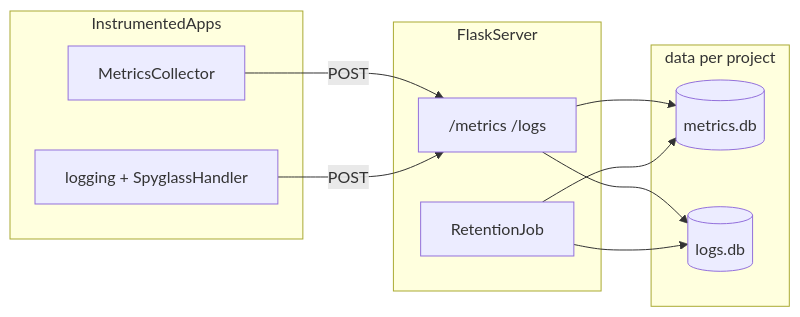
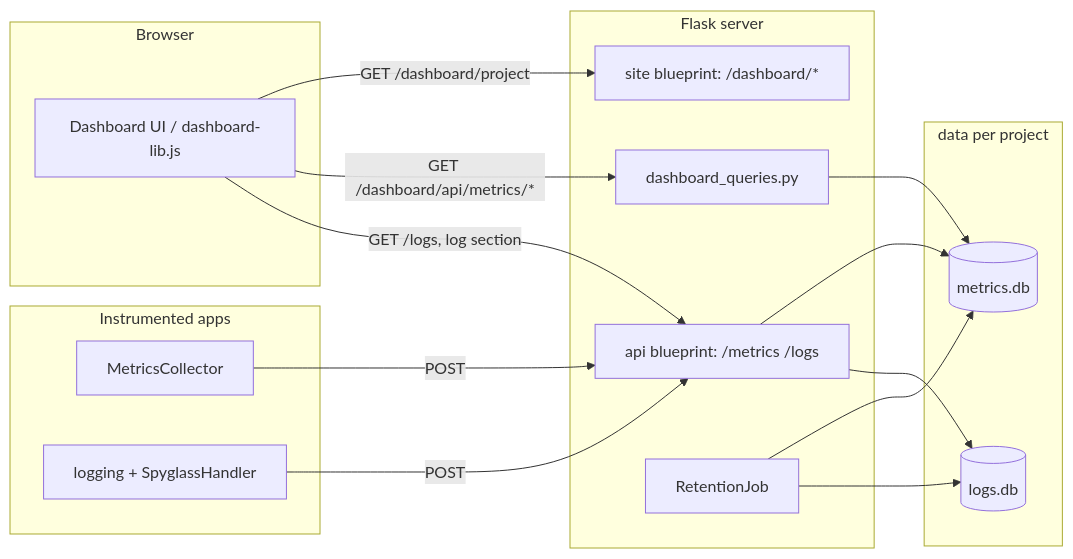
The diagram in README.md (momonala/spyglass), drawn with Mermaid before and after one commit. The commit also changed other lines of this file and 8 other files, not shown here.

````diff
--- a/README.md
+++ b/README.md
@@ -209,21 +215,30 @@
 ```mermaid
 flowchart LR
-    subgraph apps [InstrumentedApps]
+    subgraph apps [Instrumented apps]
         MC[MetricsCollector]
         LOG[logging + SpyglassHandler]
     end
-    subgraph server [FlaskServer]
-        API["/metrics /logs"]
+    subgraph browser [Browser]
+        UI[Dashboard UI / dashboard-lib.js]
+    end
+    subgraph server [Flask server]
+        API["api blueprint: /metrics /logs"]
+        SITE["site blueprint: /dashboard/*"]
+        DQ[dashboard_queries.py]
         RET[RetentionJob]
     end
     subgraph storage [data per project]
         M[(metrics.db)]
         L[(logs.db)]
     end
     MC -->|POST| API
     LOG -->|POST| API
+    UI -->|GET /dashboard/project| SITE
+    UI -->|GET /dashboard/api/metrics/*| DQ
+    UI -->|GET /logs, log section| API
     API --> M
     API --> L
+    DQ --> M
     RET --> M
     RET --> L
 ```
````
